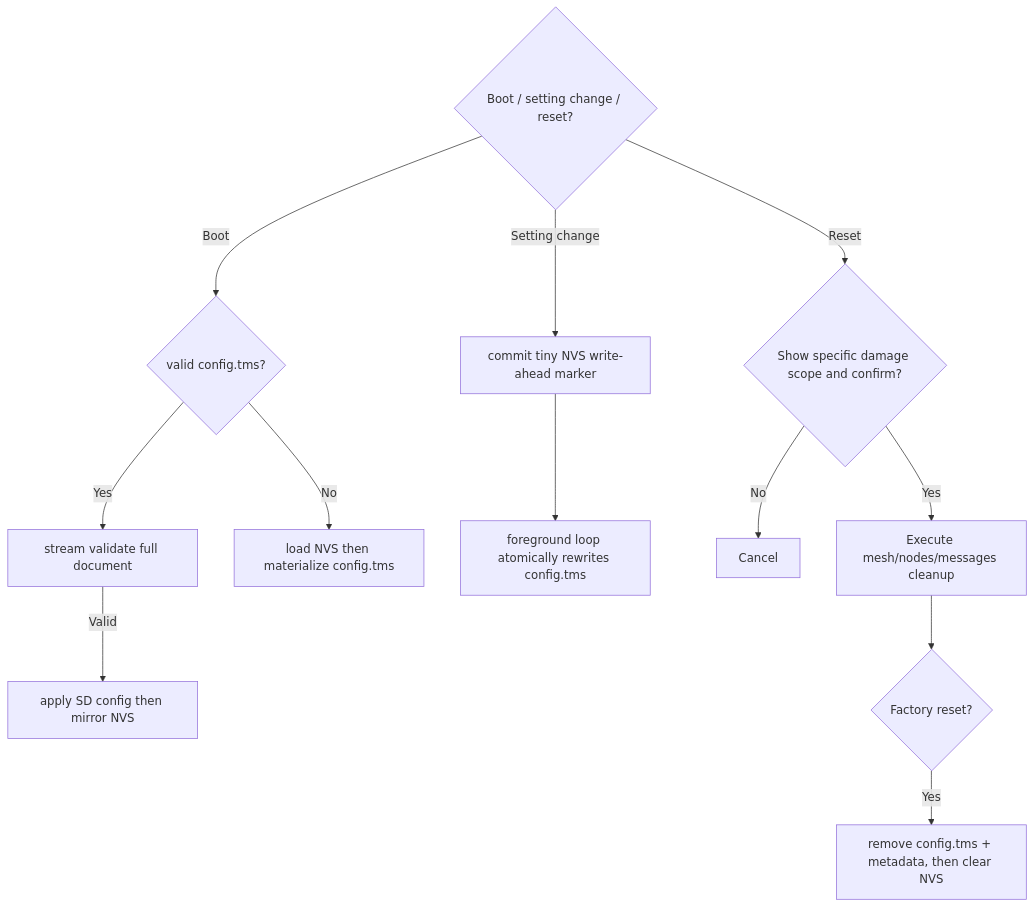
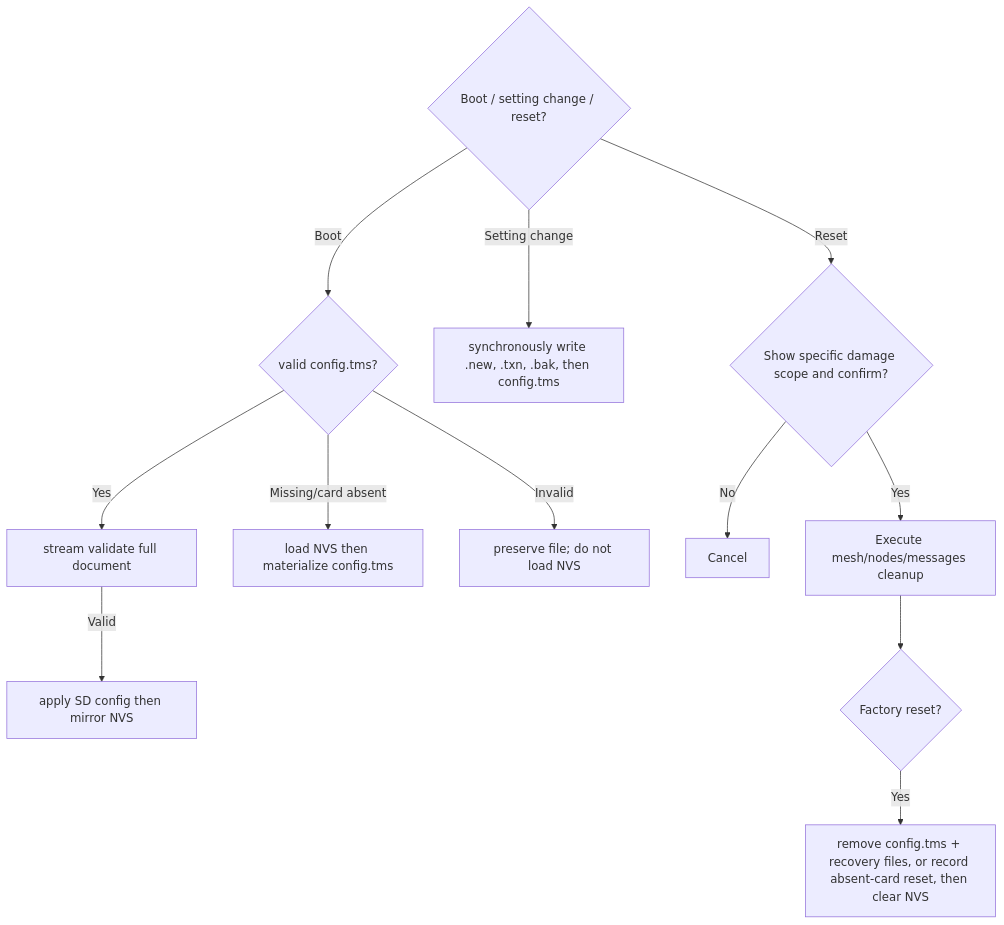
One commit to manmuqingshan/trail-mate changed the diagram in docs/design/use-case-diagrams/backup-restore-settings/activity.md. Above: the diagram before and after it, drawn with Mermaid. The commit also changed other lines of this file and 37 other files, not shown here.

````diff
--- a/docs/design/use-case-diagrams/backup-restore-settings/activity.md
+++ b/docs/design/use-case-diagrams/backup-restore-settings/activity.md
@@ -2,15 +2,15 @@
 ```mermaid
 flowchart TD
   Boot{"Boot / setting change / reset?"}
   Boot -- Boot --> SD{"valid config.tms?"}
   SD -- Yes --> Validate["stream validate full document"]
   Validate -- Valid --> Apply["apply SD config then mirror NVS"]
-  SD -- No --> NVS["load NVS then materialize config.tms"]
-  Boot -- Setting change --> Marker["commit tiny NVS write-ahead marker"]
-  Marker --> Flush["foreground loop atomically rewrites config.tms"]
+  SD -- Missing/card absent --> NVS["load NVS then materialize config.tms"]
+  SD -- Invalid --> Repair["preserve file; do not load NVS"]
+  Boot -- Setting change --> Flush["synchronously write .new, .txn, .bak, then config.tms"]
   Boot -- Reset --> Confirm{"Show specific damage scope and confirm?"}
  Confirm -- No --> Cancel
  Confirm -- Yes --> Scoped["Execute mesh/nodes/messages cleanup"]
  Scoped --> Factory{"Factory reset?"}
- Factory -- Yes --> Remove["remove config.tms + metadata, then clear NVS"]
+ Factory -- Yes --> Remove["remove config.tms + recovery files, or record absent-card reset, then clear NVS"]
 ```
````
